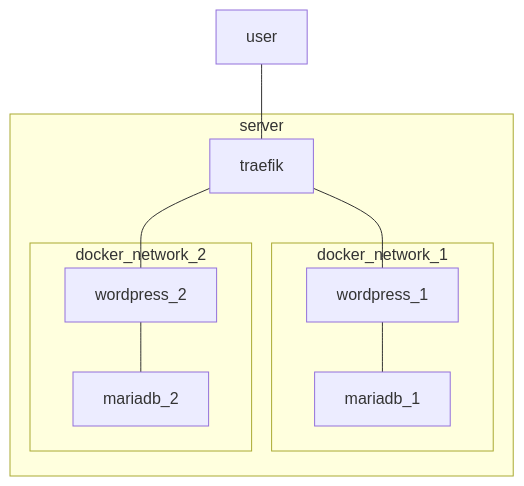
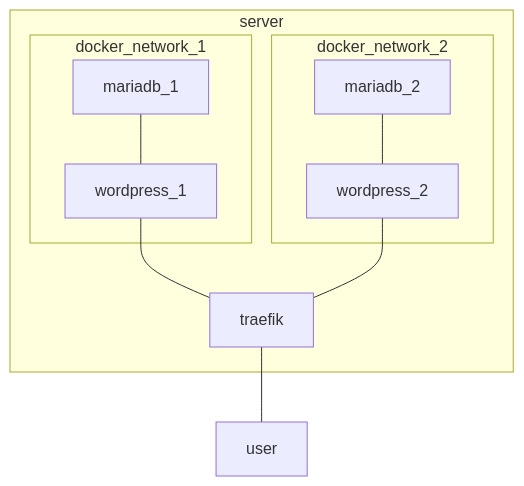
The diagram in README.md (Floraud/wordpress-docker), drawn with Mermaid before and after one commit. The commit also changed other lines of this file, not shown here.

Commit message:
doc: change mermaid direction

````diff
--- a/README.md
+++ b/README.md
@@ -10,19 +10,20 @@
 ```mermaid
 graph TD;
 
-user---traefik;
-
 subgraph server
-	traefik---wordpress_1;
-	traefik---wordpress_2;
 
 	subgraph docker_network_1
-		wordpress_1---mariadb_1;
+		mariadb_1---wordpress_1;
 	end
 
 	subgraph docker_network_2
-		wordpress_2---mariadb_2;
+		mariadb_2---wordpress_2;
 	end
-end
-    
+
+	wordpress_1---traefik;
+	wordpress_2---traefik;
+
+	end
+
+traefik---user;
 ```
````
